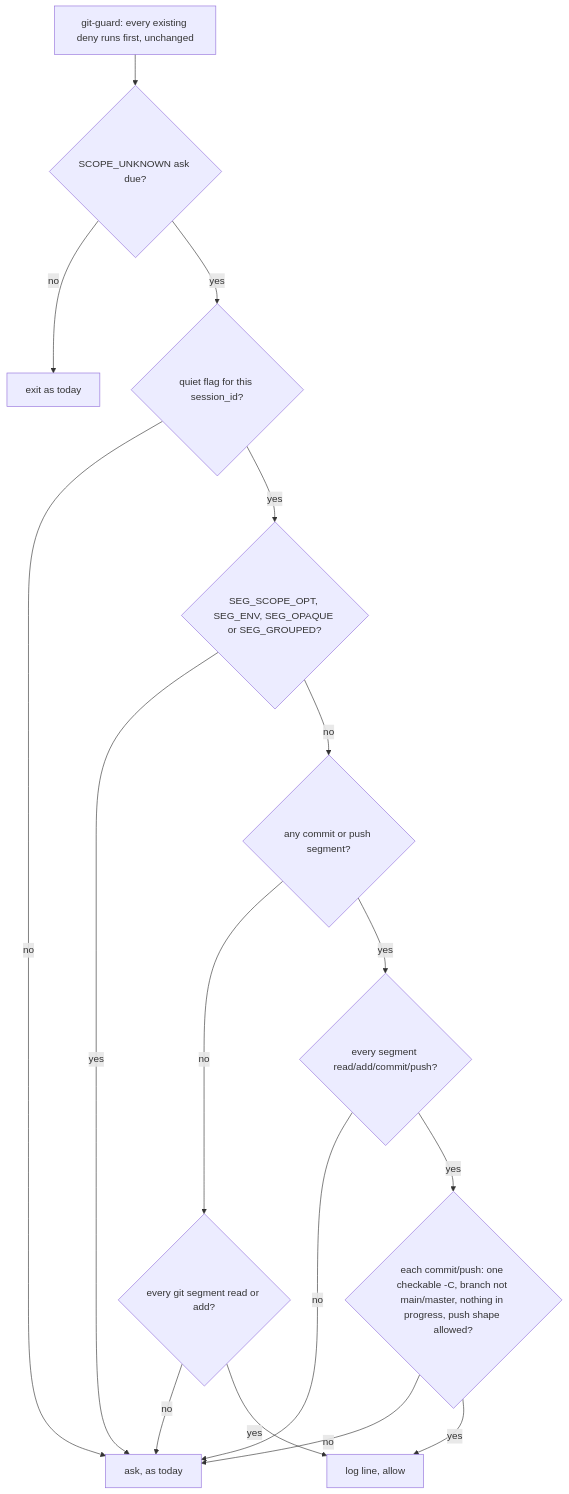
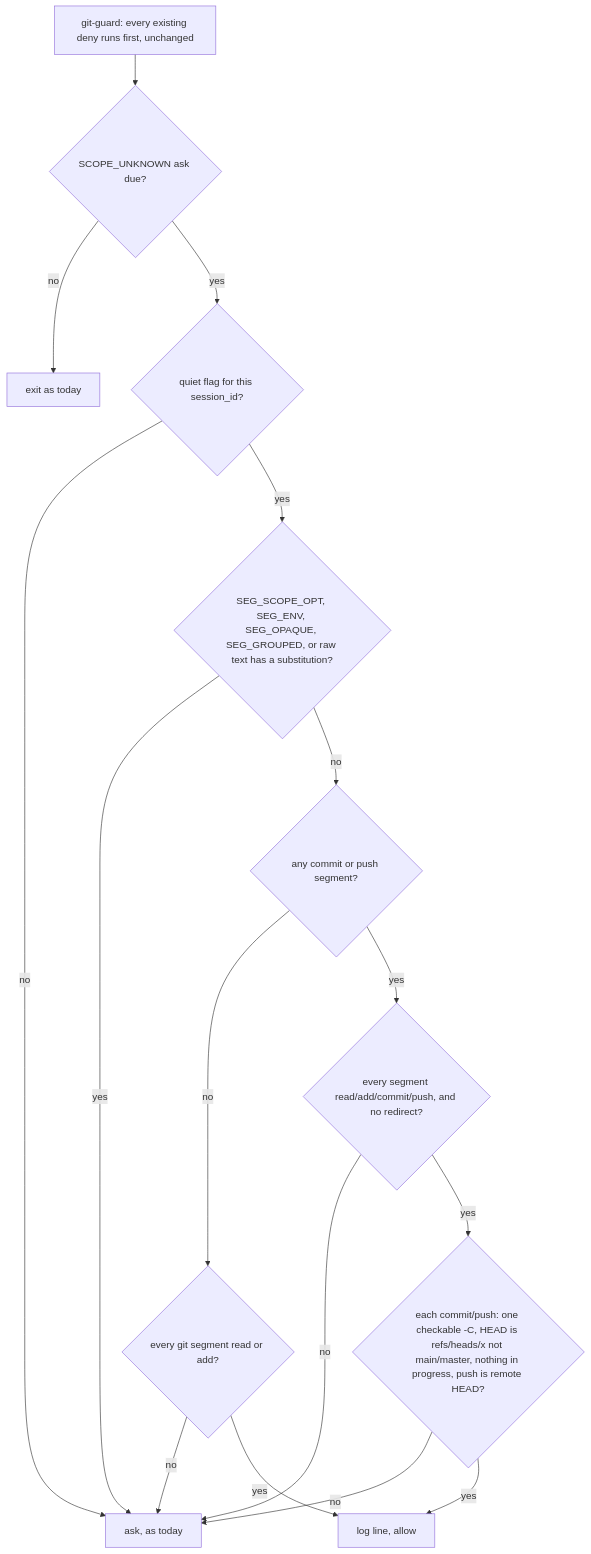
One commit to suyatdev/.claude changed the diagram in docs/features/git-guard-quiet.md. Above: the diagram before and after it, drawn with Mermaid. The commit also changed other lines of this file, not shown here.

````diff
--- a/docs/features/git-guard-quiet.md
+++ b/docs/features/git-guard-quiet.md
@@ -86,18 +93,18 @@
 ```mermaid
 flowchart TD
     A[git-guard: every existing deny runs first, unchanged] --> B{SCOPE_UNKNOWN ask due?}
     B -->|no| OK[exit as today]
     B -->|yes| Q{quiet flag for this session_id?}
     Q -->|no| ASK[ask, as today]
-    Q -->|yes| O{SEG_SCOPE_OPT, SEG_ENV, SEG_OPAQUE or SEG_GROUPED?}
+    Q -->|yes| O{SEG_SCOPE_OPT, SEG_ENV, SEG_OPAQUE, SEG_GROUPED, or raw text has a substitution?}
     O -->|yes| ASK
     O -->|no| L{any commit or push segment?}
     L -->|no| R{every git segment read or add?}
     R -->|no| ASK
     R -->|yes| LOG[log line, allow]
-    L -->|yes| P{every segment read/add/commit/push?}
+    L -->|yes| P{every segment read/add/commit/push, and no redirect?}
     P -->|no| ASK
-    P -->|yes| C{each commit/push: one checkable -C, branch not main/master, nothing in progress, push shape allowed?}
+    P -->|yes| C{each commit/push: one checkable -C, HEAD is refs/heads/x not main/master, nothing in progress, push is remote HEAD?}
     C -->|no| ASK
     C -->|yes| LOG
 ```
````
